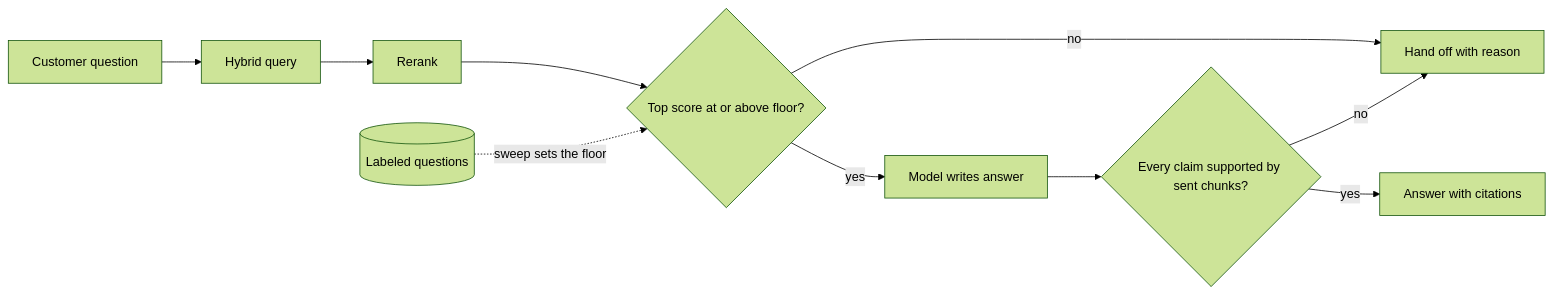
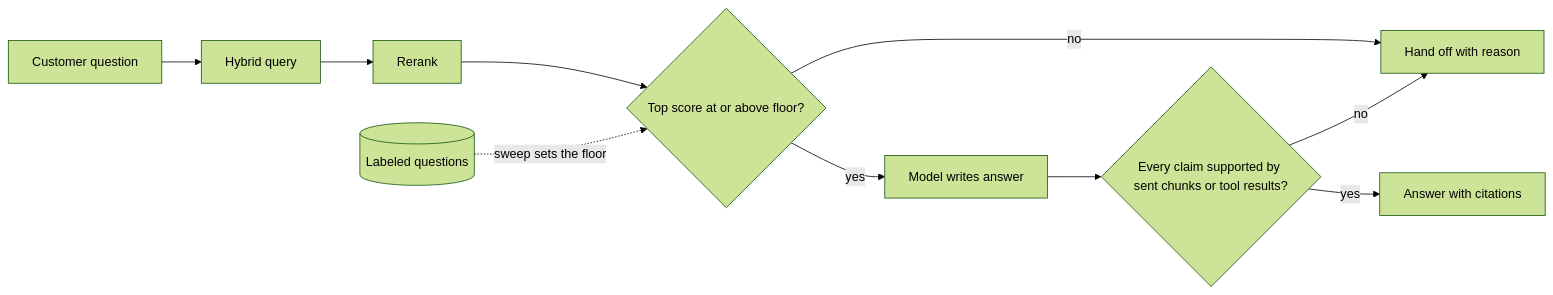
One commit to spabolu/system-design-modern changed the sixth of 11 diagrams in docs/06-case-studies/customer-support-agent.md. Above: the diagram before and after it, drawn with Mermaid (forest theme). The commit also changed other lines of this file, not shown here.

````diff
--- a/docs/06-case-studies/customer-support-agent.md
+++ b/docs/06-case-studies/customer-support-agent.md
@@ -307,12 +309,12 @@
 ```mermaid
 flowchart LR
   Q["Customer question"] --> H["Hybrid query"]
   H --> R["Rerank"]
   R --> F{"Top score at or above floor?"}
   F -->|no| HO["Hand off with reason"]
   F -->|yes| M["Model writes answer"]
-  M --> G{"Every claim supported by sent chunks?"}
+  M --> G{"Every claim supported by sent chunks or tool results?"}
   G -->|no| HO
   G -->|yes| OUT["Answer with citations"]
   LAB[("Labeled questions")] -.->|"sweep sets the floor"| F
 ```
````
